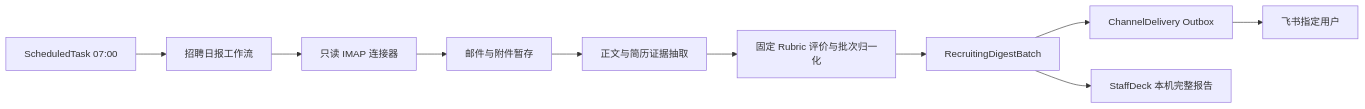
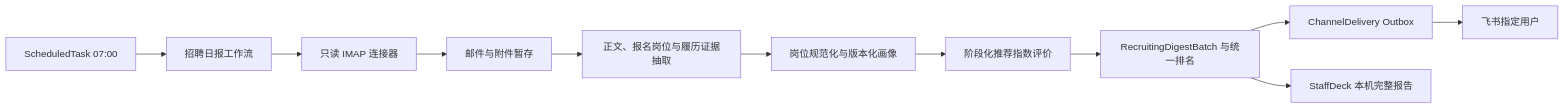
One commit to deng12565/StaffDesk_shenneng changed the diagram in FEISHU_MAIL_RECRUITING_HR_PRD.md. Above: the diagram before and after it, drawn with Mermaid. The commit also changed other lines of this file and 39 other files, not shown here.

````diff
--- a/FEISHU_MAIL_RECRUITING_HR_PRD.md
+++ b/FEISHU_MAIL_RECRUITING_HR_PRD.md
@@ -110,12 +112,13 @@
 ```mermaid
 flowchart LR
     A[ScheduledTask 07:00] --> B[招聘日报工作流]
     B --> C[只读 IMAP 连接器]
     C --> D[邮件与附件暂存]
-    D --> E[正文与简历证据抽取]
-    E --> F[固定 Rubric 评价与批次归一化]
-    F --> G[RecruitingDigestBatch]
+    D --> E[正文、报名岗位与履历证据抽取]
+    E --> F[岗位规范化与版本化画像]
+    F --> K[阶段化推荐指数评价]
+    K --> G[RecruitingDigestBatch 与统一排名]
     G --> H[ChannelDelivery Outbox]
     H --> I[飞书指定用户]
     G --> J[StaffDeck 本机完整报告]
 ```
````
